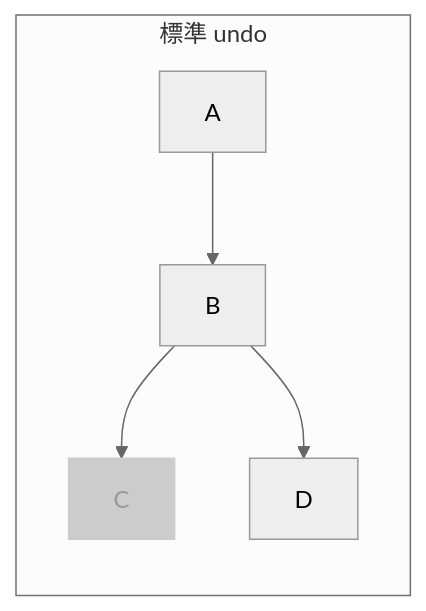
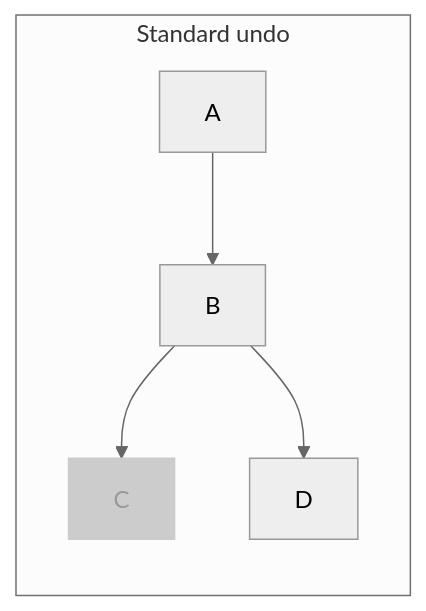
Before and after one commit to mmiyaji/vscode-undotree: the second of 5 diagrams in README_ja.md, drawn with Mermaid (neutral theme). The commit also changed other lines of this file and 14 other files, not shown here.

````diff
--- a/README_ja.md
+++ b/README_ja.md
@@ -269,9 +276,9 @@
 ```mermaid
 graph LR
-  subgraph "標準 undo"
+  subgraph "Standard undo"
     A1["A"] --> B1["B"] --> C1["C"]
     B1 --> D1["D"]
     classDef lost fill:#ccc,color:#999,stroke:#ccc
     C1:::lost
   end
 ```
````
